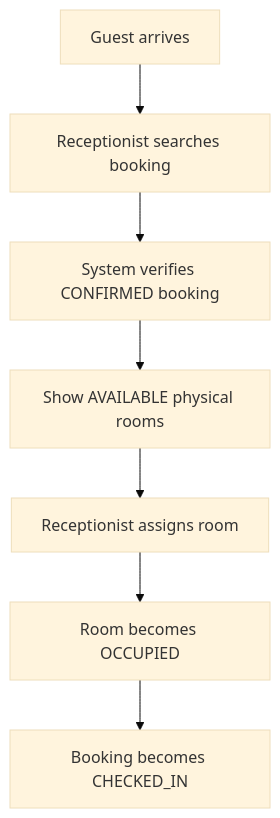
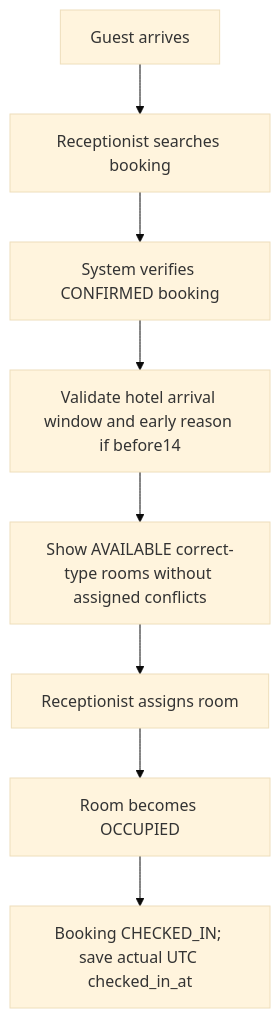
One commit to manhle11/hotel-booking-system changed the fourth of 8 diagrams in docs/07-business-workflows.md. Above: the diagram before and after it, drawn with Mermaid (base theme). The commit also changed other lines of this file and 123 other files, not shown here.

````diff
--- a/docs/07-business-workflows.md
+++ b/docs/07-business-workflows.md
@@ -51,9 +51,10 @@
 ```mermaid
 flowchart TD
     A[Guest arrives] --> B[Receptionist searches booking]
     B --> C[System verifies CONFIRMED booking]
-    C --> D[Show AVAILABLE physical rooms]
+    C --> W[Validate hotel arrival window and early reason if before14]
+    W --> D[Show AVAILABLE correct-type rooms without assigned conflicts]
     D --> E[Receptionist assigns room]
     E --> F[Room becomes OCCUPIED]
-    F --> G[Booking becomes CHECKED_IN]
+    F --> G[Booking CHECKED_IN; save actual UTC checked_in_at]
 ```
````
